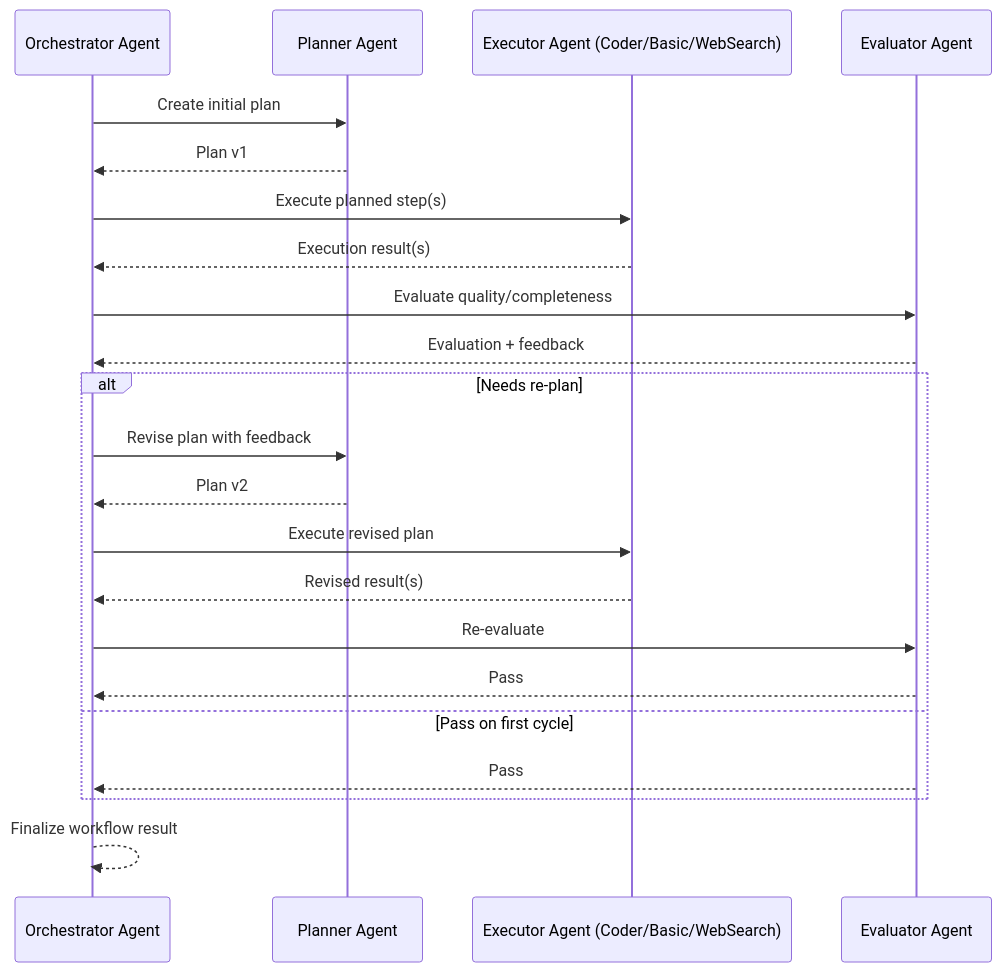
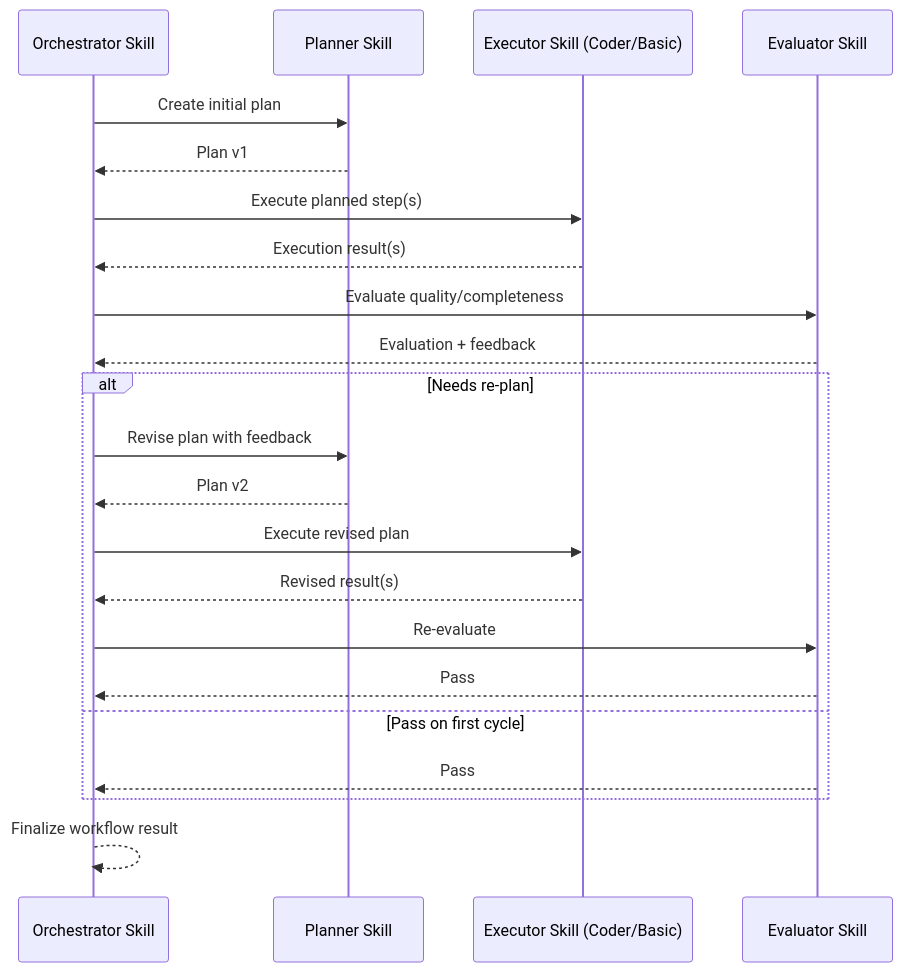
Before and after one commit to wayang-ai/wayang-ai.github.io: the diagram in docs/index.md, drawn with Mermaid. The commit also changed other lines of this file and 8 other files, not shown here.

````diff
--- a/docs/index.md
+++ b/docs/index.md
@@ -126,25 +125,25 @@
 ```mermaid
 sequenceDiagram
-  participant O as Orchestrator Agent
-  participant P as Planner Agent
-  participant X as Executor Agent (Coder/Basic/WebSearch)
-  participant E as Evaluator Agent
+  participant O as Orchestrator Skill
+  participant P as Planner Skill
+  participant X as Executor Skill (Coder/Basic)
+  participant E as Evaluator Skill
 
   O->>P: Create initial plan
   P-->>O: Plan v1
   O->>X: Execute planned step(s)
   X-->>O: Execution result(s)
   O->>E: Evaluate quality/completeness
   E-->>O: Evaluation + feedback
   alt Needs re-plan
     O->>P: Revise plan with feedback
     P-->>O: Plan v2
     O->>X: Execute revised plan
     X-->>O: Revised result(s)
     O->>E: Re-evaluate
     E-->>O: Pass
   else Pass on first cycle
     E-->>O: Pass
   end
   O-->>O: Finalize workflow result
 ```
````
